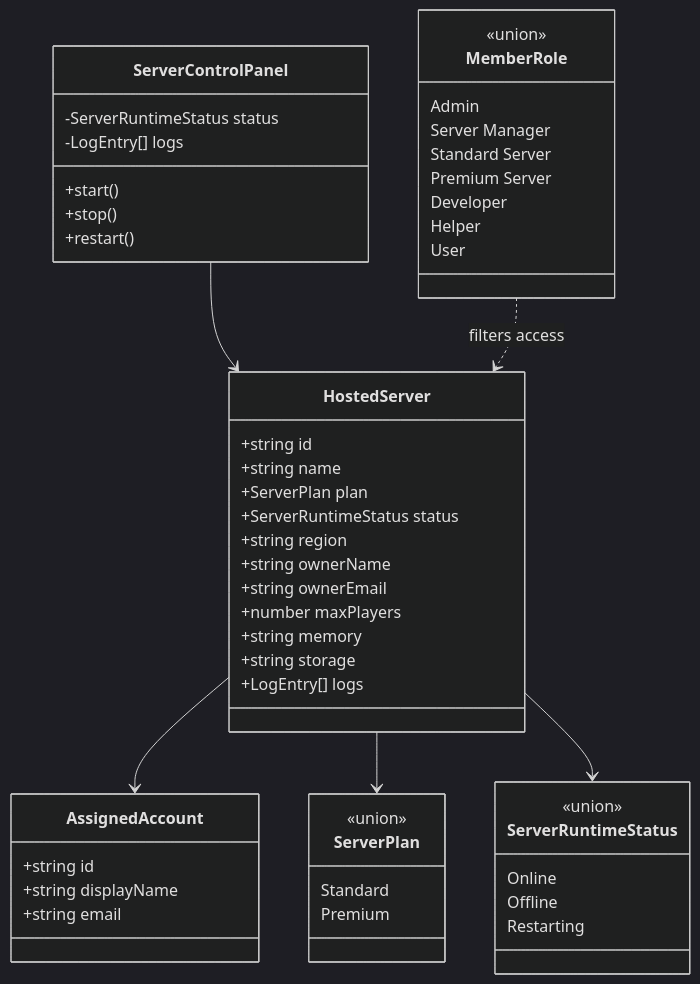
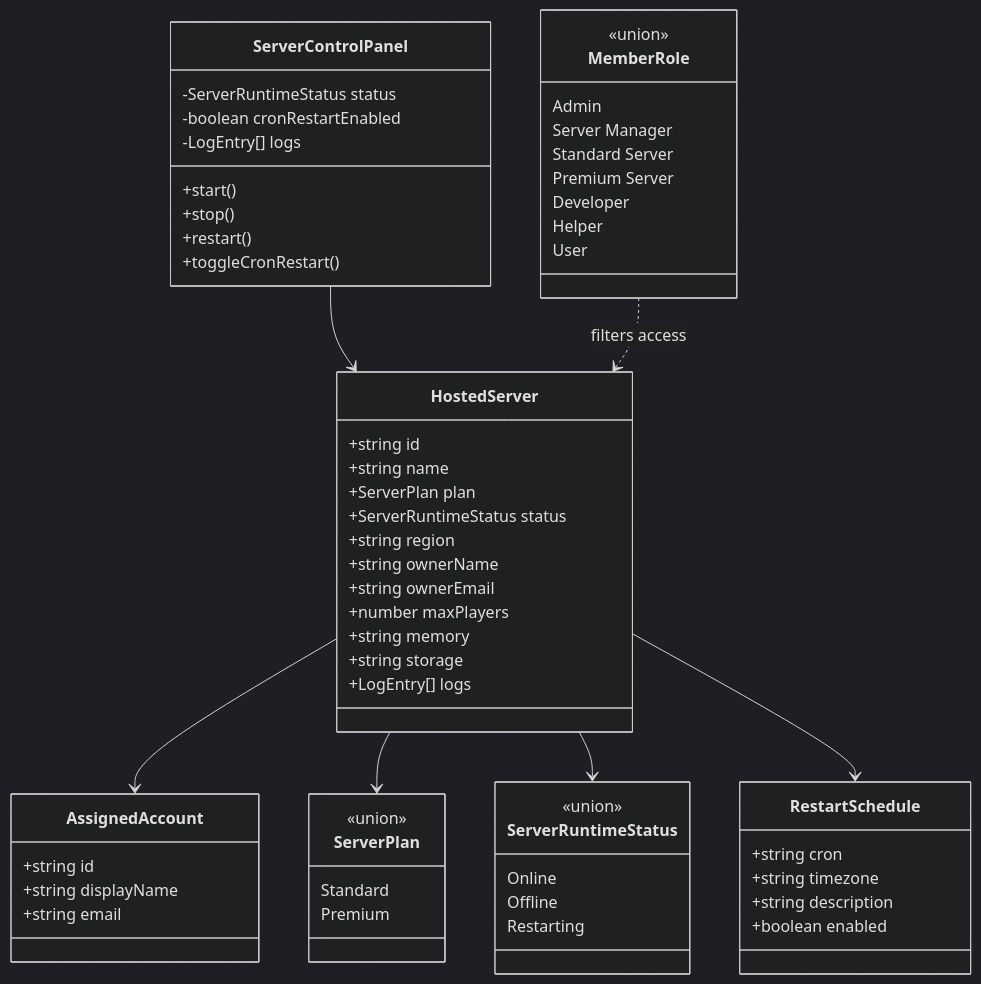
Before and after one commit to Bannerlord-Coop-Team/BannerlordCoop-website: the first of 2 diagrams in docs/server-hosting-design.md, drawn with Mermaid (dark theme). The commit also changed other lines of this file and 5 other files, not shown here.

Commit message:
Add simulated cron restart toggle

````diff
--- a/docs/server-hosting-design.md
+++ b/docs/server-hosting-design.md
@@ -20,54 +21,63 @@
 ```mermaid
 classDiagram
     class MemberRole {
         <<union>>
         Admin
         Server Manager
         Standard Server
         Premium Server
         Developer
         Helper
         User
     }
     class HostedServer {
         +string id
         +string name
         +ServerPlan plan
         +ServerRuntimeStatus status
         +string region
         +string ownerName
         +string ownerEmail
         +number maxPlayers
         +string memory
         +string storage
         +LogEntry[] logs
     }
     class AssignedAccount {
         +string id
         +string displayName
         +string email
     }
     class ServerPlan {
         <<union>>
         Standard
         Premium
     }
     class ServerRuntimeStatus {
         <<union>>
         Online
         Offline
         Restarting
     }
+    class RestartSchedule {
+        +string cron
+        +string timezone
+        +string description
+        +boolean enabled
+    }
     class ServerControlPanel {
         -ServerRuntimeStatus status
+        -boolean cronRestartEnabled
         -LogEntry[] logs
         +start()
         +stop()
         +restart()
+        +toggleCronRestart()
     }
     HostedServer --> AssignedAccount
     HostedServer --> ServerPlan
     HostedServer --> ServerRuntimeStatus
+    HostedServer --> RestartSchedule
     ServerControlPanel --> HostedServer
     MemberRole ..> HostedServer : filters access
 ```
````
